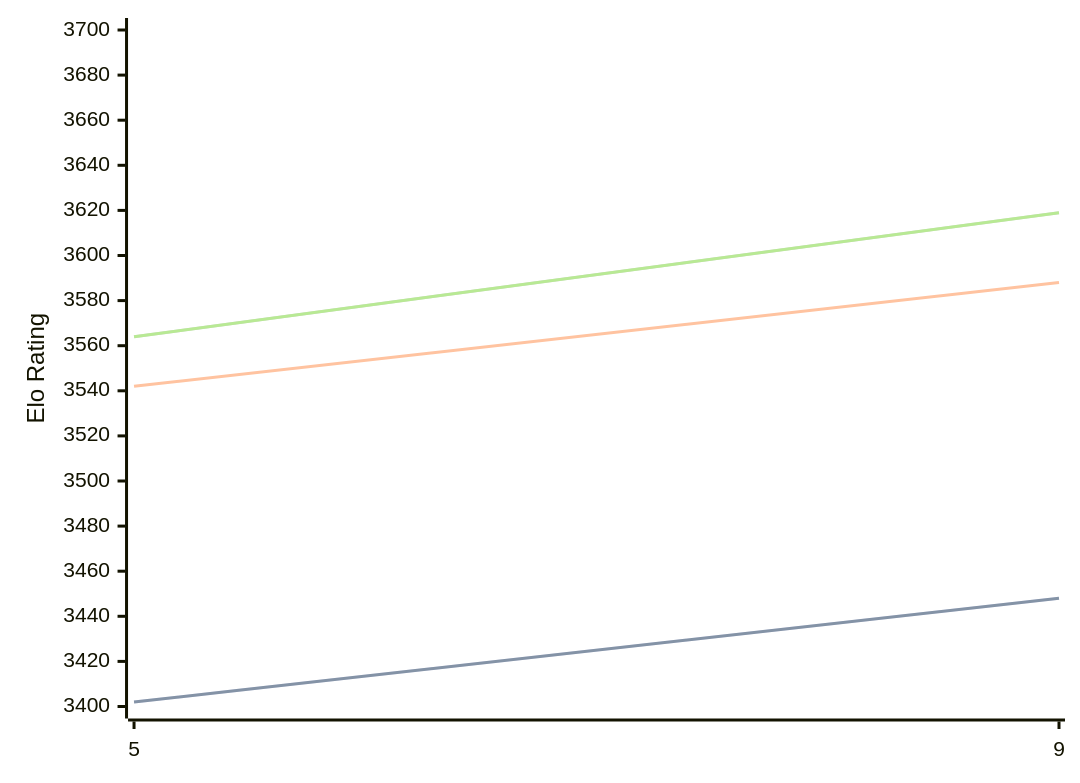
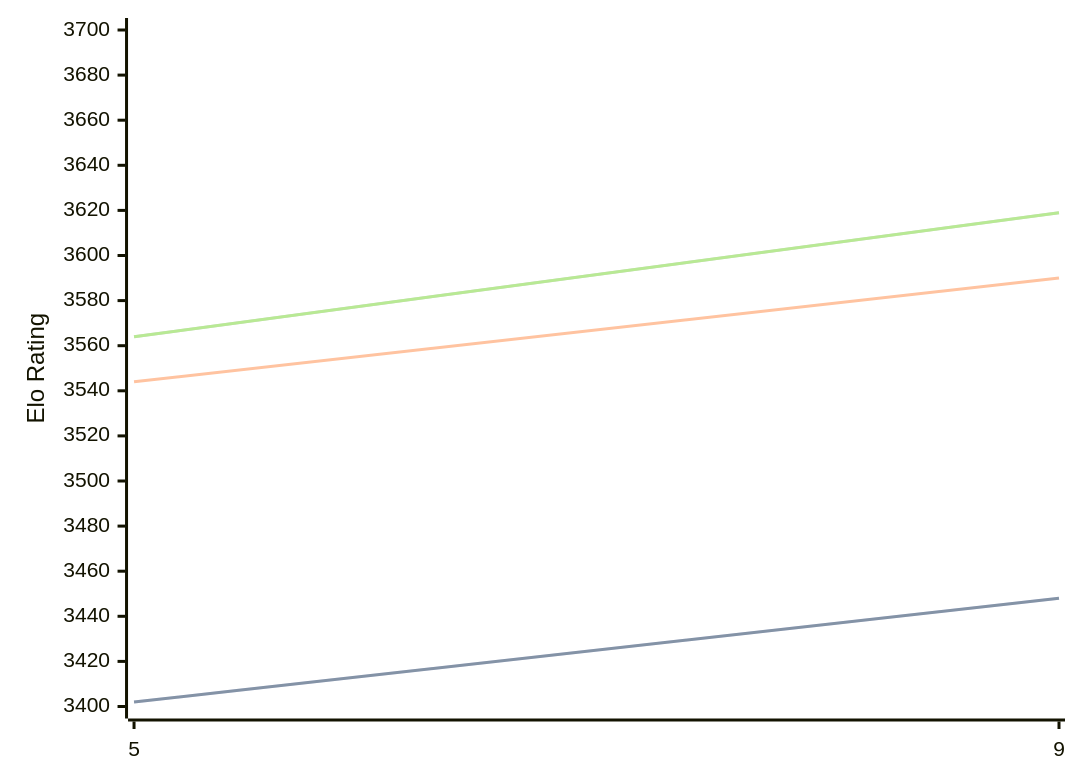
Before and after one commit to computer-chess-index/cci: the diagram in engines/Crystal.md, drawn with Mermaid. The commit also changed other lines of this file, not shown here.

````diff
--- a/engines/Crystal.md
+++ b/engines/Crystal.md
@@ -60,11 +60,11 @@
 ```mermaid
 %%{init: {"theme":"base","themeVariables":{"seriesColors:['#a3a3a3','#222221','#faa371']}}}%%
 xychart-beta
   x-axis ["5", "9"]
   y-axis "Elo Rating" 3400 --> 3700
   line "STC (8.0+0.08s)" [3402, 3448]
   line "STC (8.0+0.08s)" [3402, 3448]
-  line "LTC (60.0+0.60s)" [3542, 3588]
+  line "LTC (60.0+0.60s)" [3544, 3590]
   line "VLTC (2m24s+1.12s)" [3564, 3619]
   line "VLTC (2m24s+1.12s)" [3564, 3619]
 ```
````
